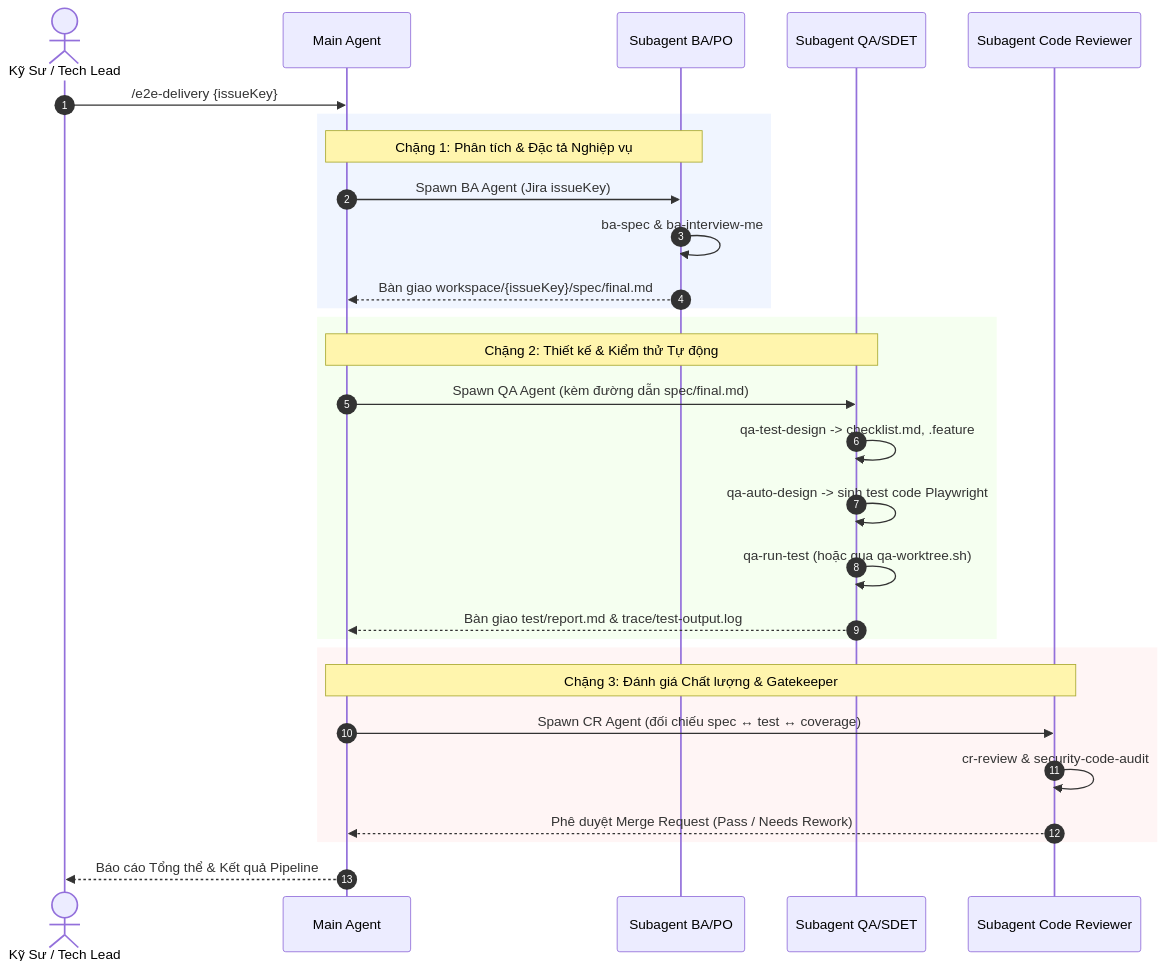
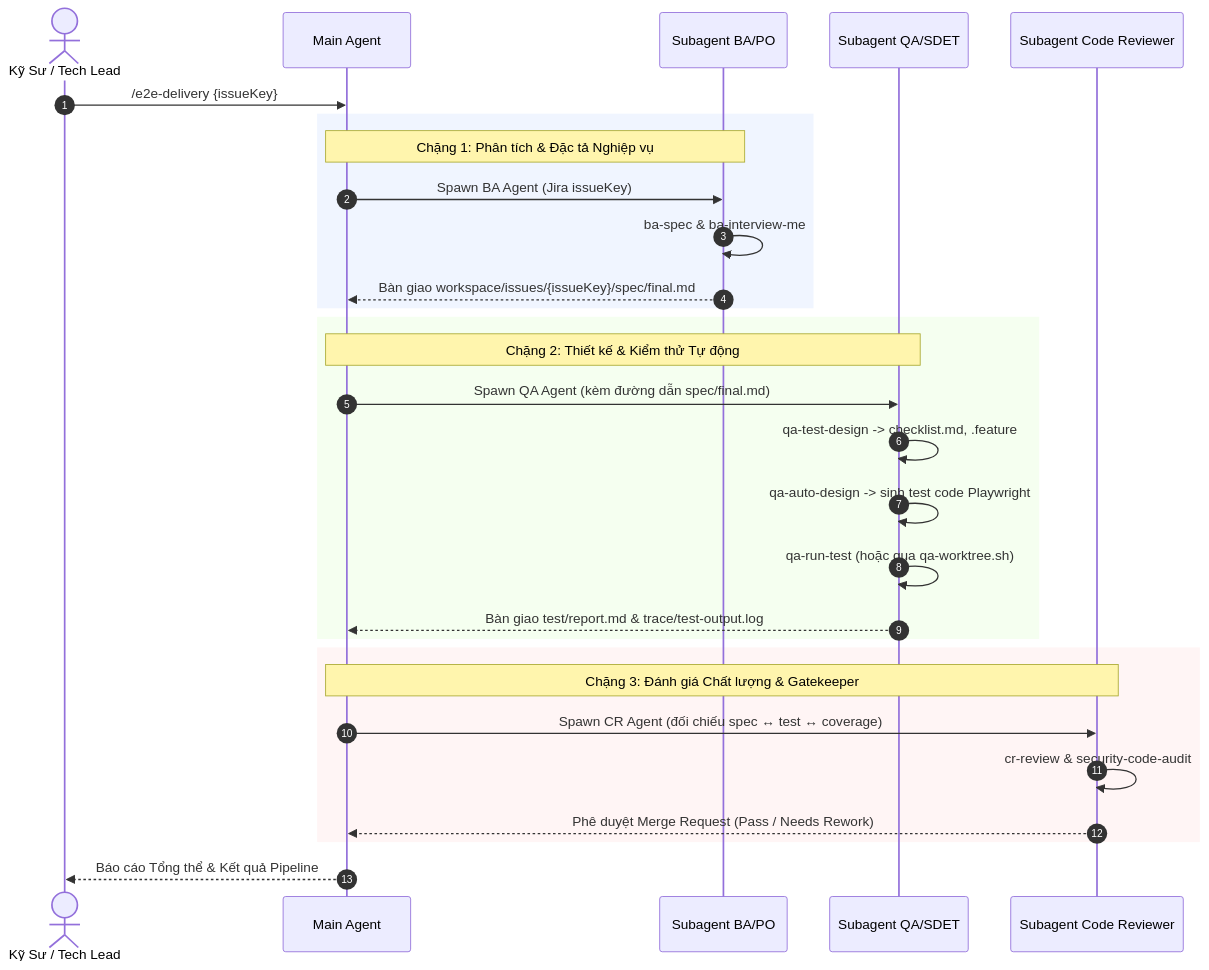
Before and after one commit to quangnt2697/Agent-skills: the diagram in docs/architecture/subagent-handoff-protocol.md, drawn with Mermaid. The commit also changed other lines of this file and 112 other files, not shown here.

````diff
--- a/docs/architecture/subagent-handoff-protocol.md
+++ b/docs/architecture/subagent-handoff-protocol.md
@@ -25,36 +25,36 @@
 ```mermaid
 sequenceDiagram
     autonumber
     actor Engineer as Kỹ Sư / Tech Lead
     participant Orchestrator as Main Agent
     participant BA as Subagent BA/PO
     participant QA as Subagent QA/SDET
     participant CR as Subagent Code Reviewer
 
     Engineer->>Orchestrator: /e2e-delivery {issueKey}
     
     rect rgb(240, 245, 255)
         Note over Orchestrator,BA: Chặng 1: Phân tích & Đặc tả Nghiệp vụ
         Orchestrator->>BA: Spawn BA Agent (Jira issueKey)
         BA->>BA: ba-spec & ba-interview-me
-        BA-->>Orchestrator: Bàn giao workspace/{issueKey}/spec/final.md
+        BA-->>Orchestrator: Bàn giao workspace/issues/{issueKey}/spec/final.md
     end
 
     rect rgb(245, 255, 240)
         Note over Orchestrator,QA: Chặng 2: Thiết kế & Kiểm thử Tự động
         Orchestrator->>QA: Spawn QA Agent (kèm đường dẫn spec/final.md)
         QA->>QA: qa-test-design -> checklist.md, .feature
         QA->>QA: qa-auto-design -> sinh test code Playwright
         QA->>QA: qa-run-test (hoặc qua qa-worktree.sh)
         QA-->>Orchestrator: Bàn giao test/report.md & trace/test-output.log
     end
 
     rect rgb(255, 245, 245)
         Note over Orchestrator,CR: Chặng 3: Đánh giá Chất lượng & Gatekeeper
         Orchestrator->>CR: Spawn CR Agent (đối chiếu spec ↔ test ↔ coverage)
         CR->>CR: cr-review & security-code-audit
         CR-->>Orchestrator: Phê duyệt Merge Request (Pass / Needs Rework)
     end
 
     Orchestrator-->>Engineer: Báo cáo Tổng thể & Kết quả Pipeline
 ```
````
